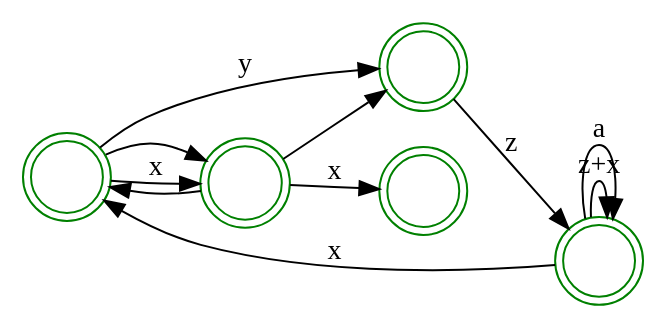
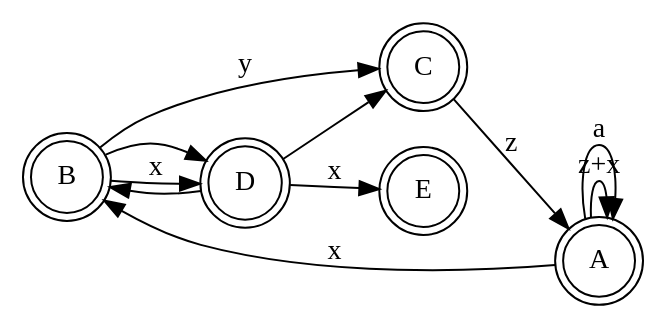
The diagram in examples vis/teste2.dot (andrelago13/COMP), drawn with Graphviz before and after one commit. The commit also changed 1 other file, not shown here.

```diff
--- a/examples vis/teste2.dot
+++ b/examples vis/teste2.dot
@@ -1,18 +1,16 @@
 digraph {
   rankdir=LR;
   node [shape = doublecircle,
-  		fontcolor=white,
-  		color = green,
   		peripheries = 2]; B C;
   node [shape = circle];
   START[label=A];
   START -> START[label="z+x"];
   START -> START[label=a];
   START -> B[label=x];
   B -> C[label=y];
   C -> START[label=z];
   B -> D;
   B -> D[label=x];
   D -> {B; C}
   D -> E[label=x];
 }
```
